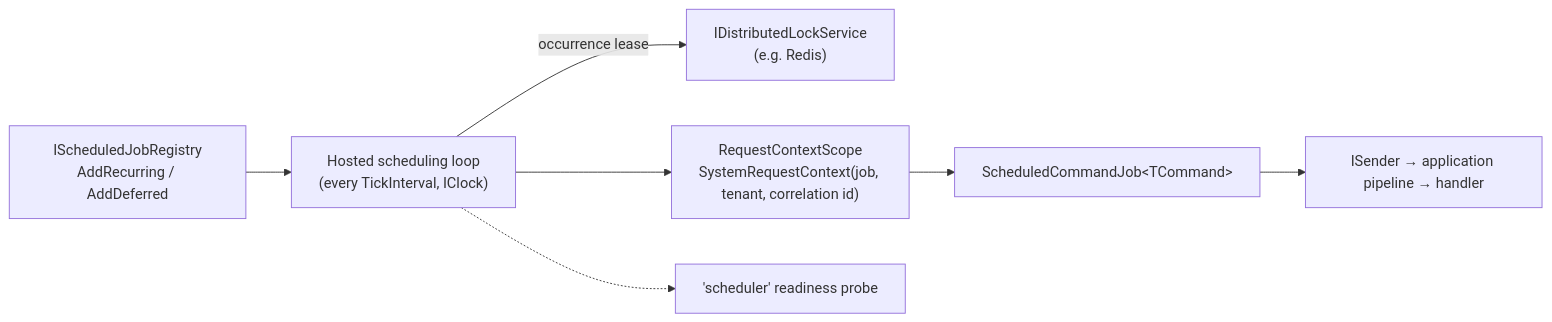
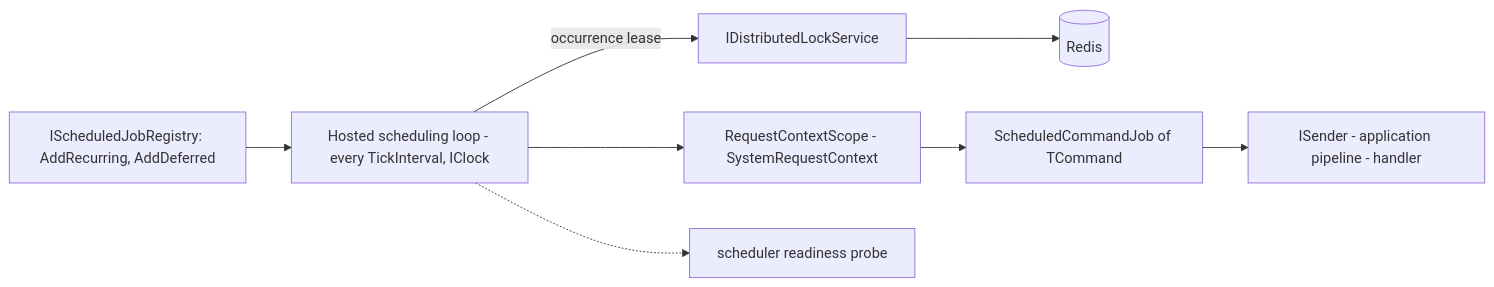
Before and after one commit to Gresta-Vertex-Labs/platform-shared-kernel: the diagram in src/Infrastructure/Scheduling/README.md, drawn with Mermaid. The commit also changed other lines of this file and 228 other files, not shown here.

````diff
--- a/src/Infrastructure/Scheduling/README.md
+++ b/src/Infrastructure/Scheduling/README.md
@@ -53,9 +51,10 @@
 ```mermaid
 flowchart LR
-    R["IScheduledJobRegistry<br/>AddRecurring / AddDeferred"] --> L["Hosted scheduling loop<br/>(every TickInterval, IClock)"]
-    L -- "occurrence lease" --> K["IDistributedLockService<br/>(e.g. Redis)"]
-    L --> C["RequestContextScope<br/>SystemRequestContext(job, tenant, correlation id)"]
-    C --> J["ScheduledCommandJob&lt;TCommand&gt;"]
-    J --> S["ISender → application pipeline → handler"]
-    L -.-> P["'scheduler' readiness probe"]
+    R["IScheduledJobRegistry: AddRecurring, AddDeferred"] --> L["Hosted scheduling loop - every TickInterval, IClock"]
+    L -- "occurrence lease" --> K["IDistributedLockService"]
+    K --> X[("Redis")]
+    L --> C["RequestContextScope - SystemRequestContext"]
+    C --> J["ScheduledCommandJob of TCommand"]
+    J --> S["ISender - application pipeline - handler"]
+    L -.-> P["scheduler readiness probe"]
 ```
````
